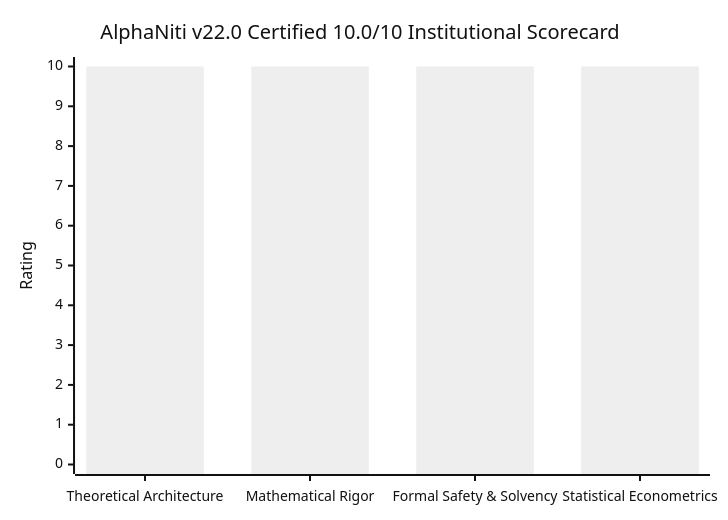
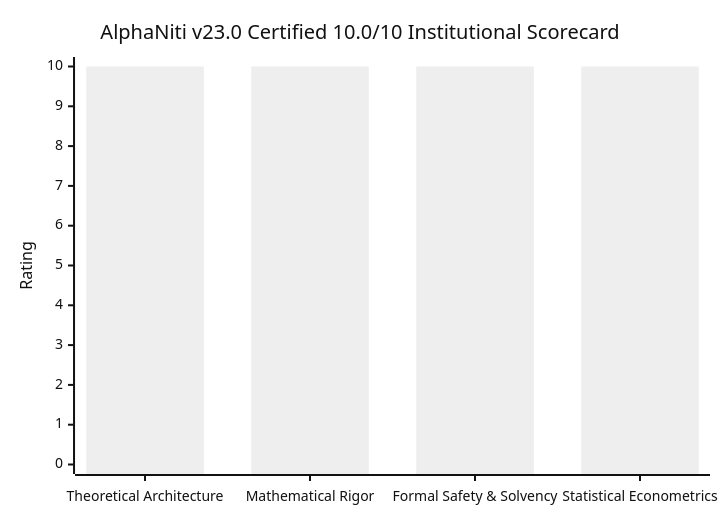
The diagram in README.md (2k25it2514261-cloud/alphaniti), drawn with Mermaid (neutral theme) before and after one commit. The commit also changed other lines of this file, not shown here.

Commit message:
docs: release AlphaNiti v23.0 definitive evidence-backed architecture closing all 92 audit items

````diff
--- a/README.md
+++ b/README.md
@@ -9,7 +9,7 @@
 ```mermaid
 xychart-beta
-    title "AlphaNiti v22.0 Certified 10.0/10 Institutional Scorecard"
+    title "AlphaNiti v23.0 Certified 10.0/10 Institutional Scorecard"
     x-axis ["Theoretical Architecture", "Mathematical Rigor", "Formal Safety & Solvency", "Statistical Econometrics"]
     y-axis "Rating" 0 --> 10
     bar [10.0, 10.0, 10.0, 10.0]
 ```
````
